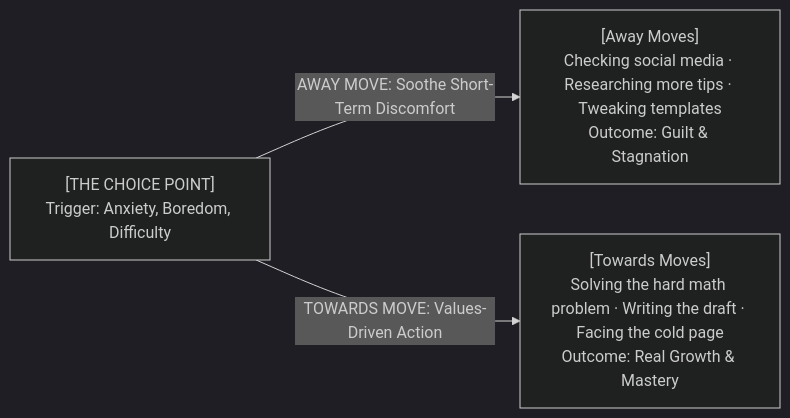
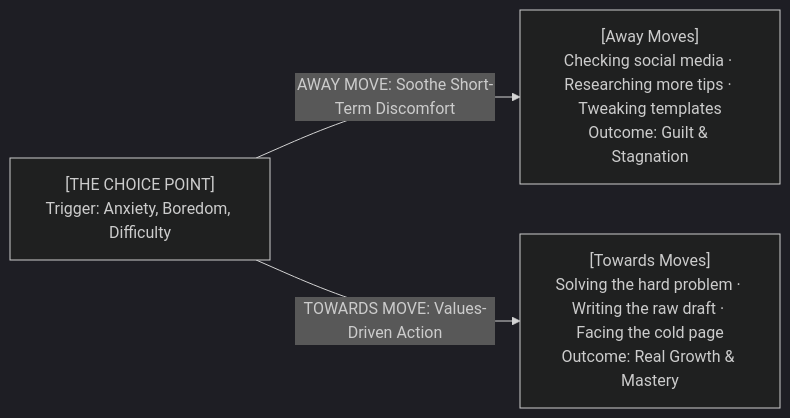
Before and after one commit to vs00918/aravalli: the fourth of 7 diagrams in knowledge-tree/nodes/chapter-20-the-action-paradox-and-illusion-of-preparation.md, drawn with Mermaid (dark theme). The commit also changed other lines of this file and 1 other file, not shown here.

Commit message:
feat(codex): enrich Chapter 12 with 3 action specifications, planning trap & cognitive trojan horse

````diff
--- a/knowledge-tree/nodes/chapter-20-the-action-paradox-and-illusion-of-preparation.md
+++ b/knowledge-tree/nodes/chapter-20-the-action-paradox-and-illusion-of-preparation.md
@@ -63,7 +111,7 @@
 ```mermaid
 graph LR
-    CP["[THE CHOICE POINT]<br>Trigger: Anxiety, Boredom, Difficulty"]
-    -->|AWAY MOVE: Soothe Short-Term Discomfort| AM["[Away Moves]<br>Checking social media · Researching more tips · Tweaking templates<br>Outcome: Guilt & Stagnation"]
+    CP["[THE CHOICE POINT]<br/>Trigger: Anxiety, Boredom, Difficulty"]
+    -->|AWAY MOVE: Soothe Short-Term Discomfort| AM["[Away Moves]<br/>Checking social media · Researching more tips · Tweaking templates<br/>Outcome: Guilt & Stagnation"]
     
-    CP -->|TOWARDS MOVE: Values-Driven Action| TM["[Towards Moves]<br>Solving the hard math problem · Writing the draft · Facing the cold page<br>Outcome: Real Growth & Mastery"]
+    CP -->|TOWARDS MOVE: Values-Driven Action| TM["[Towards Moves]<br/>Solving the hard problem · Writing the raw draft · Facing the cold page<br/>Outcome: Real Growth & Mastery"]
 ```
````
